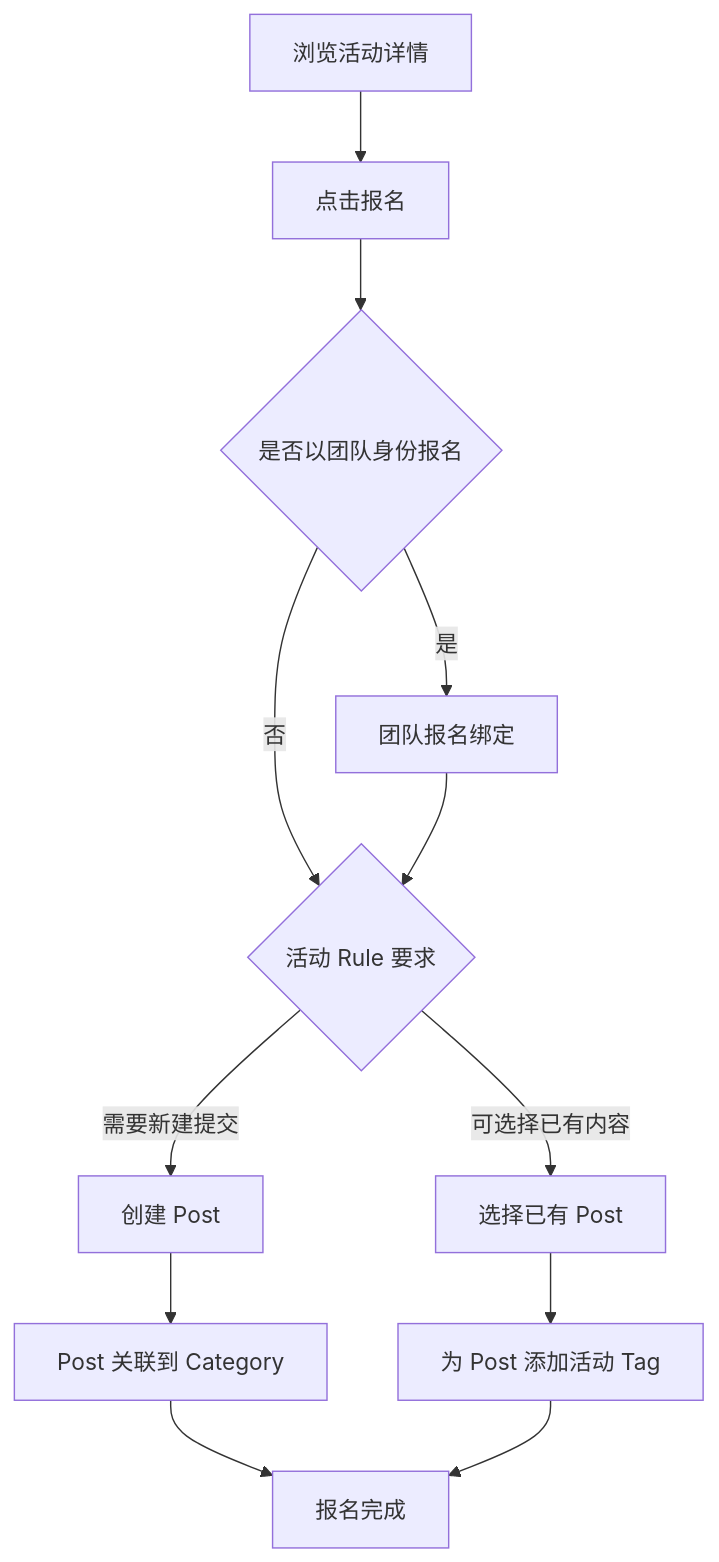
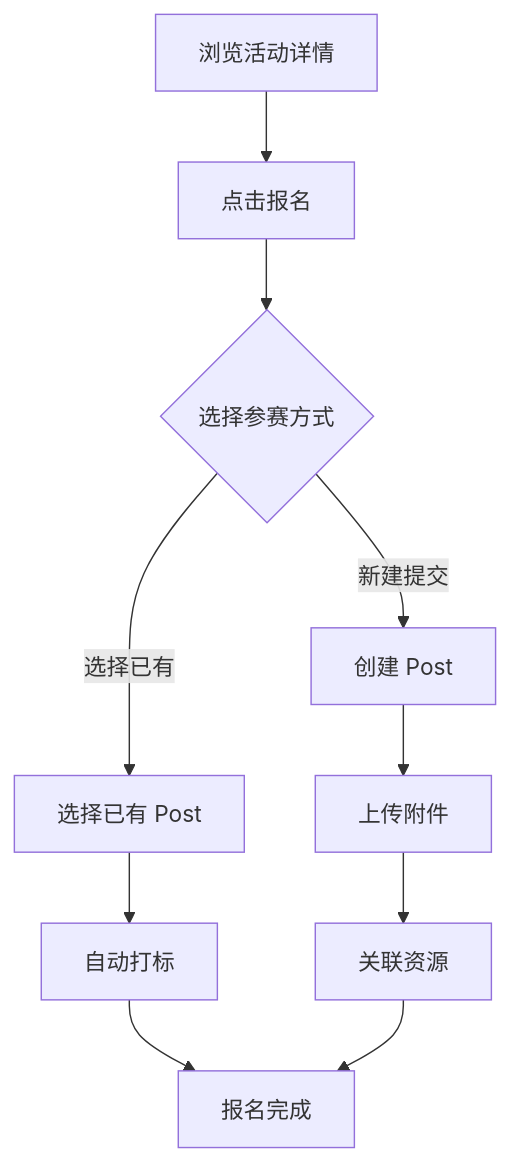
The third of 8 diagrams in docs/user-journeys.md (H2OSLabs/SynnovatorZero), drawn with Mermaid before and after one commit. The commit also changed other lines of this file and 8 other files, not shown here.

````diff
--- a/docs/user-journeys.md
+++ b/docs/user-journeys.md
@@ -163,14 +172,12 @@
 ```mermaid
 flowchart TD
     A[浏览活动详情] --> B[点击报名]
-    B --> B1{是否以团队身份报名}
-    B1 -->|是| B2[团队报名绑定]
-    B1 -->|否| C
-    B2 --> C{活动 Rule 要求}
-    C -->|需要新建提交| D[创建 Post]
-    C -->|可选择已有内容| E[选择已有 Post]
-    D --> F[Post 关联到 Category]
-    E --> G[为 Post 添加活动 Tag]
-    F --> H[报名完成]
-    G --> H
+    B --> C{选择参赛方式}
+    C -->|新建提交| D[创建 Post]
+    C -->|选择已有| E[选择已有 Post]
+    D --> F[上传附件]
+    E --> G[自动打标]
+    F --> H[关联资源]
+    G --> I[报名完成]
+    H --> I
 ```
````
